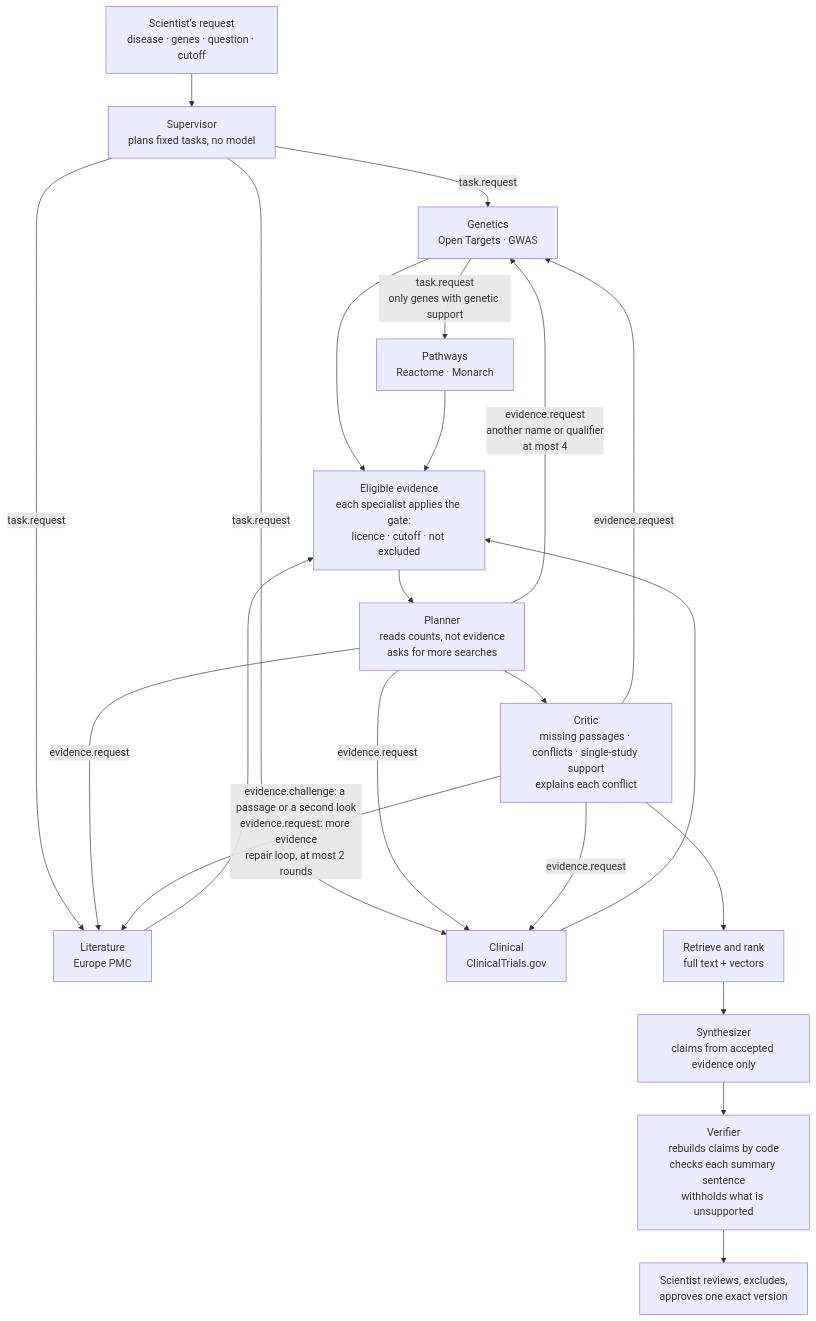
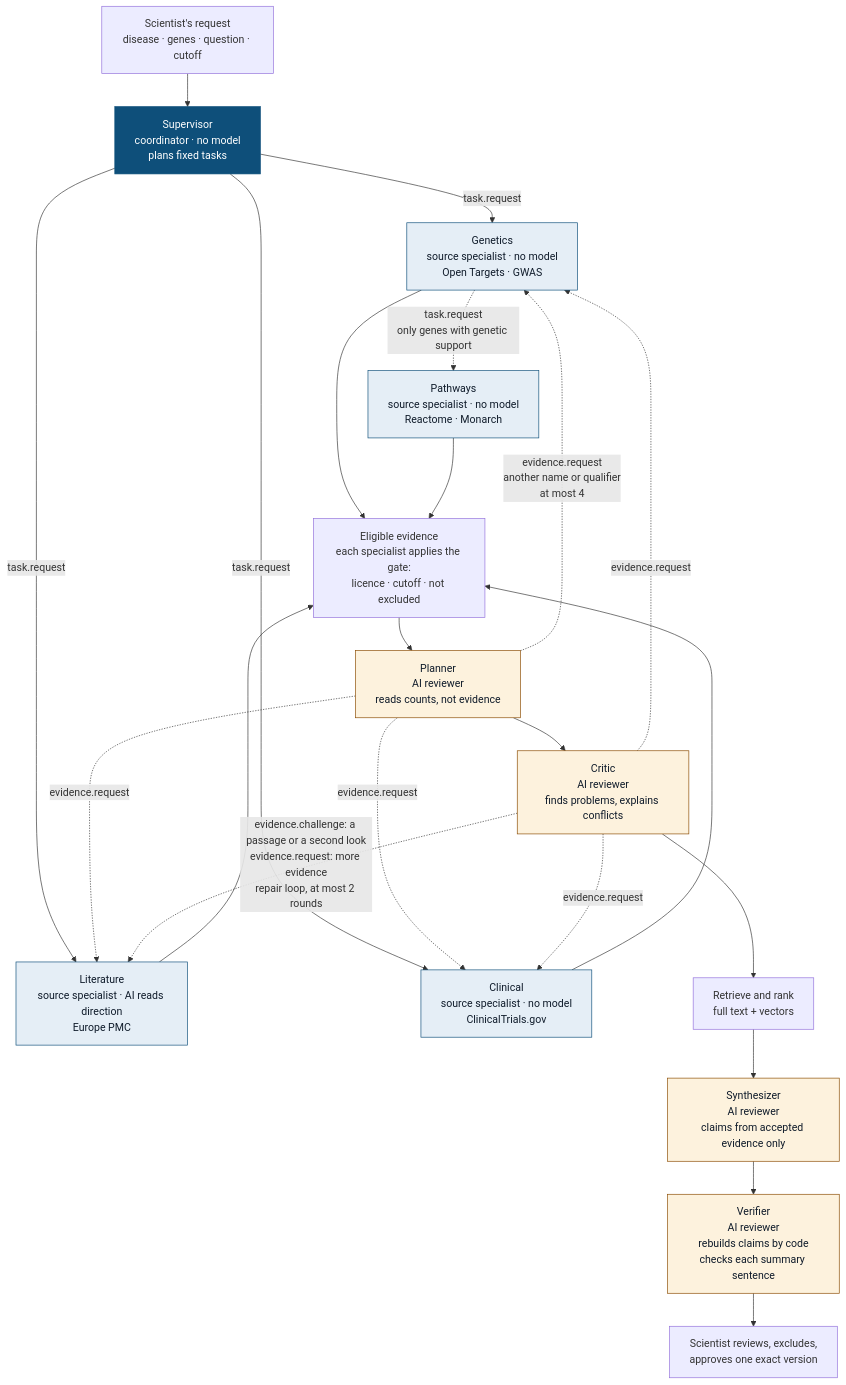
One commit to Tevaalgorithms/BioNexus-AI changed the second of 3 diagrams in README.md. Above: the diagram before and after it, drawn with Mermaid. The commit also changed other lines of this file, not shown here.

Commit message:
README: flow diagram coloured by kind, a who-acts-at-each-step table, and a who-may-message-whom table

````diff
--- a/README.md
+++ b/README.md
@@ -137,24 +139,30 @@
 ```mermaid
 flowchart TB
-    REQ["Scientist's request<br/>disease · genes · question · cutoff"] --> SUP["Supervisor<br/>plans fixed tasks, no model"]
-    SUP -- "task.request" --> GEN["Genetics<br/>Open Targets · GWAS"]
-    SUP -- "task.request" --> LIT["Literature<br/>Europe PMC"]
-    SUP -- "task.request" --> CLI["Clinical<br/>ClinicalTrials.gov"]
-    GEN -- "task.request<br/>only genes with genetic support" --> PATH["Pathways<br/>Reactome · Monarch"]
+    REQ["Scientist's request<br/>disease · genes · question · cutoff"] --> SUP["Supervisor<br/>coordinator · no model<br/>plans fixed tasks"]
+    SUP -- "task.request" --> GEN["Genetics<br/>source specialist · no model<br/>Open Targets · GWAS"]
+    SUP -- "task.request" --> LIT["Literature<br/>source specialist · AI reads direction<br/>Europe PMC"]
+    SUP -- "task.request" --> CLI["Clinical<br/>source specialist · no model<br/>ClinicalTrials.gov"]
+    GEN -. "task.request<br/>only genes with genetic support" .-> PATH["Pathways<br/>source specialist · no model<br/>Reactome · Monarch"]
     GEN --> EV["Eligible evidence<br/>each specialist applies the gate:<br/>licence · cutoff · not excluded"]
     LIT --> EV
     CLI --> EV
     PATH --> EV
-    EV --> PLAN["Planner<br/>reads counts, not evidence<br/>asks for more searches"]
-    PLAN -- "evidence.request<br/>another name or qualifier<br/>at most 4" --> GEN
-    PLAN -- "evidence.request" --> LIT
-    PLAN -- "evidence.request" --> CLI
-    PLAN --> CRIT["Critic<br/>missing passages · conflicts · single-study support<br/>explains each conflict"]
-    CRIT -- "evidence.challenge: a passage or a second look<br/>evidence.request: more evidence<br/>repair loop, at most 2 rounds" --> LIT
-    CRIT -- "evidence.request" --> GEN
-    CRIT -- "evidence.request" --> CLI
+    EV --> PLAN["Planner<br/>AI reviewer<br/>reads counts, not evidence"]
+    PLAN -. "evidence.request<br/>another name or qualifier<br/>at most 4" .-> GEN
+    PLAN -. "evidence.request" .-> LIT
+    PLAN -. "evidence.request" .-> CLI
+    PLAN --> CRIT["Critic<br/>AI reviewer<br/>finds problems, explains conflicts"]
+    CRIT -. "evidence.challenge: a passage or a second look<br/>evidence.request: more evidence<br/>repair loop, at most 2 rounds" .-> LIT
+    CRIT -. "evidence.request" .-> GEN
+    CRIT -. "evidence.request" .-> CLI
     CRIT --> RANK["Retrieve and rank<br/>full text + vectors"]
-    RANK --> SYN["Synthesizer<br/>claims from accepted evidence only"]
-    SYN --> VER["Verifier<br/>rebuilds claims by code<br/>checks each summary sentence<br/>withholds what is unsupported"]
+    RANK --> SYN["Synthesizer<br/>AI reviewer<br/>claims from accepted evidence only"]
+    SYN --> VER["Verifier<br/>AI reviewer<br/>rebuilds claims by code<br/>checks each summary sentence"]
     VER --> REV["Scientist reviews, excludes,<br/>approves one exact version"]
+    classDef coordinator fill:#0e4f7a,stroke:#0e4f7a,color:#ffffff
+    classDef specialist fill:#e5eef6,stroke:#0e4f7a,color:#0f1b2a
+    classDef reviewer fill:#fdf2dd,stroke:#8a4b00,color:#0f1b2a
+    class SUP coordinator
+    class GEN,LIT,CLI,PATH specialist
+    class PLAN,CRIT,SYN,VER reviewer
 ```
````
